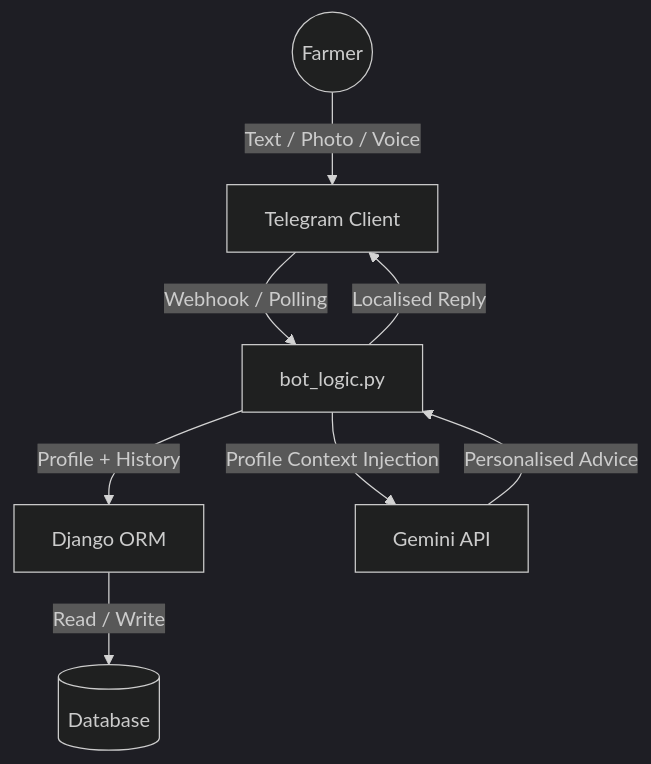
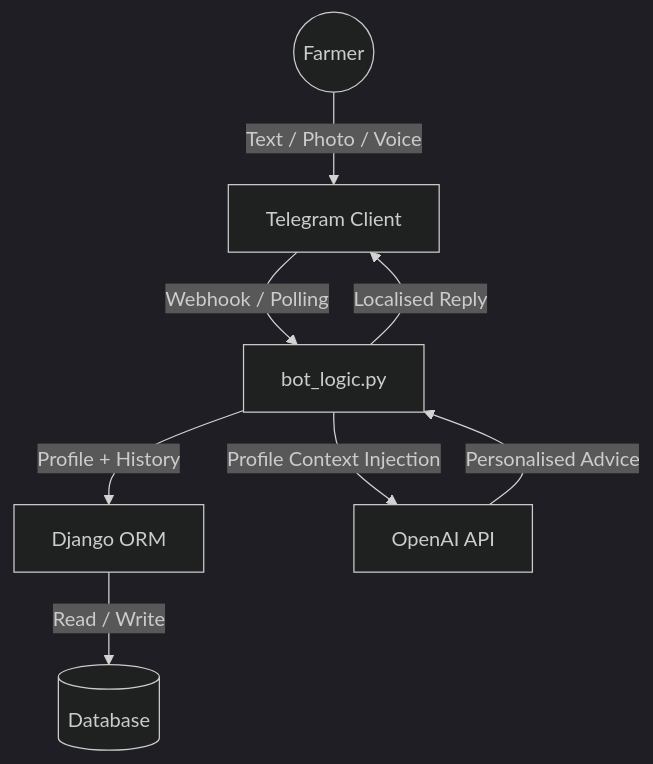
The second of 2 diagrams in README.md (Abdul-Salam15/Farm-Buddy-v2), drawn with Mermaid (dark theme) before and after one commit. The commit also changed other lines of this file and 6 other files, not shown here.

First line of the commit message:
Rename Gemini → OpenAI to match actual provider in use

````diff
--- a/README.md
+++ b/README.md
@@ -89,17 +89,17 @@
 ```mermaid
 graph TD
     Farmer((Farmer))
     TG[Telegram Client]
     BotLogic[bot_logic.py]
     ORM[Django ORM]
     DB[(Database)]
-    AI[Gemini API]
+    AI[OpenAI API]
 
     Farmer -- "Text / Photo / Voice" --> TG
     TG -- "Webhook / Polling" --> BotLogic
     BotLogic -- "Profile + History" --> ORM
     ORM -- "Read / Write" --> DB
     BotLogic -- "Profile Context Injection" --> AI
     AI -- "Personalised Advice" --> BotLogic
     BotLogic -- "Localised Reply" --> TG
 ```
````
